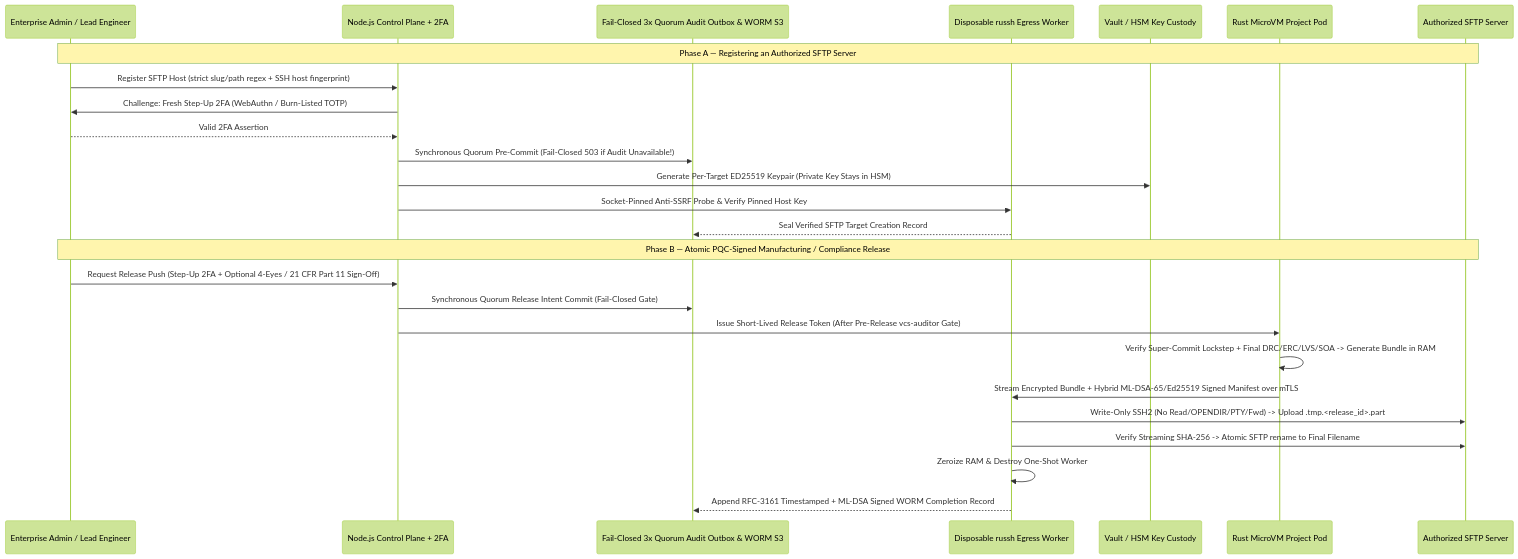
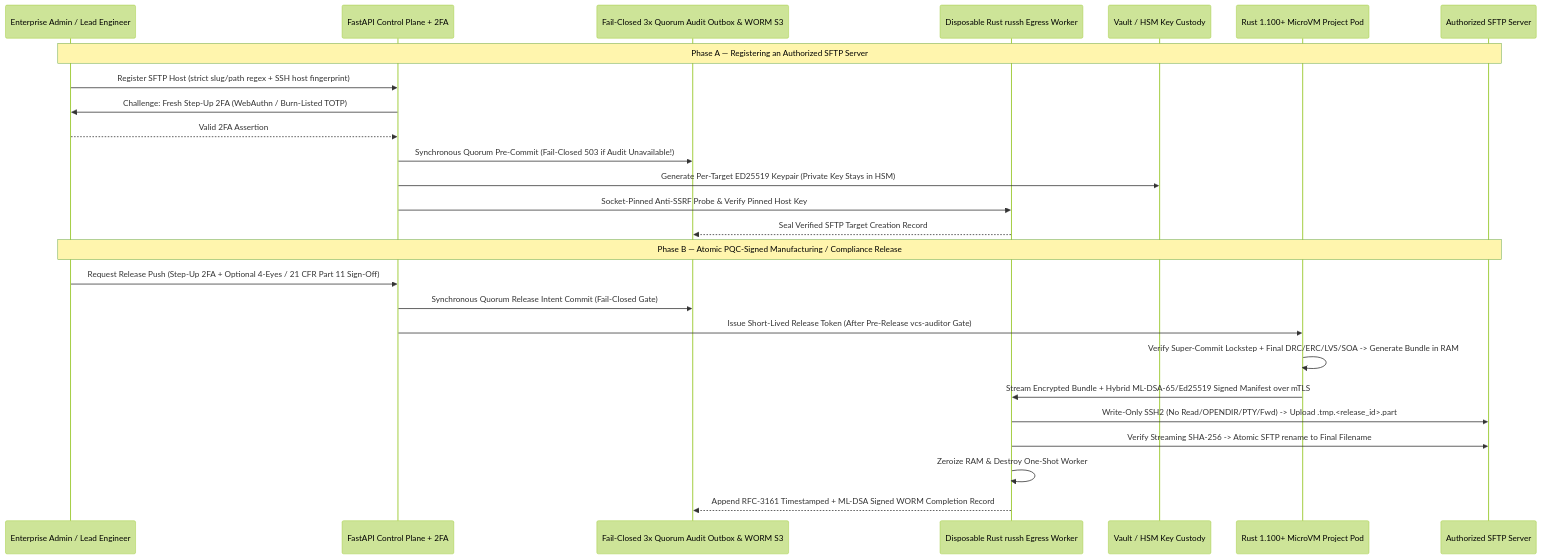
Before and after one commit to the-code-master/signal: the second of 2 diagrams in architecture/07-security-encryption-dlp-and-sftp.md, drawn with Mermaid (forest theme). The commit also changed 52 other files, not shown here.

Commit message:
docs: enforce Angular v22+, Rust 1.100+, Node 26 LTS+ & adopt Python 3.15+ FastAPI Control Plane (ADR-002)

````diff
--- a/architecture/07-security-encryption-dlp-and-sftp.md
+++ b/architecture/07-security-encryption-dlp-and-sftp.md
@@ -91,30 +91,30 @@
 ```mermaid
 sequenceDiagram
     participant Admin as Enterprise Admin / Lead Engineer
-    participant BFF as Node.js Control Plane + 2FA
+    participant API as FastAPI Control Plane + 2FA
     participant Audit as Fail-Closed 3x Quorum Audit Outbox & WORM S3
-    participant SFTP as Disposable russh Egress Worker
+    participant SFTP as Disposable Rust russh Egress Worker
     participant HSM as Vault / HSM Key Custody
-    participant Pod as Rust MicroVM Project Pod
+    participant Pod as Rust 1.100+ MicroVM Project Pod
     participant Target as Authorized SFTP Server
 
     Note over Admin,Target: Phase A — Registering an Authorized SFTP Server
-    Admin->>BFF: Register SFTP Host (strict slug/path regex + SSH host fingerprint)
-    BFF->>Admin: Challenge: Fresh Step-Up 2FA (WebAuthn / Burn-Listed TOTP)
-    Admin-->>BFF: Valid 2FA Assertion
-    BFF->>Audit: Synchronous Quorum Pre-Commit (Fail-Closed 503 if Audit Unavailable!)
-    BFF->>HSM: Generate Per-Target ED25519 Keypair (Private Key Stays in HSM)
-    BFF->>SFTP: Socket-Pinned Anti-SSRF Probe & Verify Pinned Host Key
+    Admin->>API: Register SFTP Host (strict slug/path regex + SSH host fingerprint)
+    API->>Admin: Challenge: Fresh Step-Up 2FA (WebAuthn / Burn-Listed TOTP)
+    Admin-->>API: Valid 2FA Assertion
+    API->>Audit: Synchronous Quorum Pre-Commit (Fail-Closed 503 if Audit Unavailable!)
+    API->>HSM: Generate Per-Target ED25519 Keypair (Private Key Stays in HSM)
+    API->>SFTP: Socket-Pinned Anti-SSRF Probe & Verify Pinned Host Key
     SFTP-->>Audit: Seal Verified SFTP Target Creation Record
 
     Note over Admin,Target: Phase B — Atomic PQC-Signed Manufacturing / Compliance Release
-    Admin->>BFF: Request Release Push (Step-Up 2FA + Optional 4-Eyes / 21 CFR Part 11 Sign-Off)
-    BFF->>Audit: Synchronous Quorum Release Intent Commit (Fail-Closed Gate)
-    BFF->>Pod: Issue Short-Lived Release Token (After Pre-Release vcs-auditor Gate)
+    Admin->>API: Request Release Push (Step-Up 2FA + Optional 4-Eyes / 21 CFR Part 11 Sign-Off)
+    API->>Audit: Synchronous Quorum Release Intent Commit (Fail-Closed Gate)
+    API->>Pod: Issue Short-Lived Release Token (After Pre-Release vcs-auditor Gate)
     Pod->>Pod: Verify Super-Commit Lockstep + Final DRC/ERC/LVS/SOA -> Generate Bundle in RAM
     Pod->>SFTP: Stream Encrypted Bundle + Hybrid ML-DSA-65/Ed25519 Signed Manifest over mTLS
     SFTP->>Target: Write-Only SSH2 (No Read/OPENDIR/PTY/Fwd) -> Upload .tmp.<release_id>.part
     SFTP->>Target: Verify Streaming SHA-256 -> Atomic SFTP rename to Final Filename
     SFTP->>SFTP: Zeroize RAM & Destroy One-Shot Worker
     SFTP-->>Audit: Append RFC-3161 Timestamped + ML-DSA Signed WORM Completion Record
 ```
````
